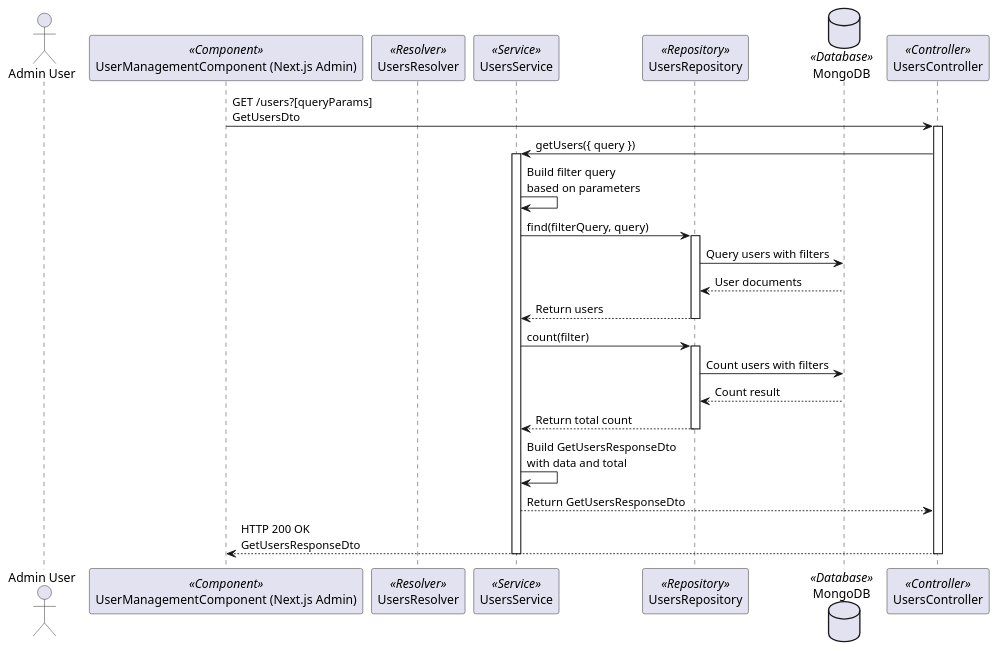
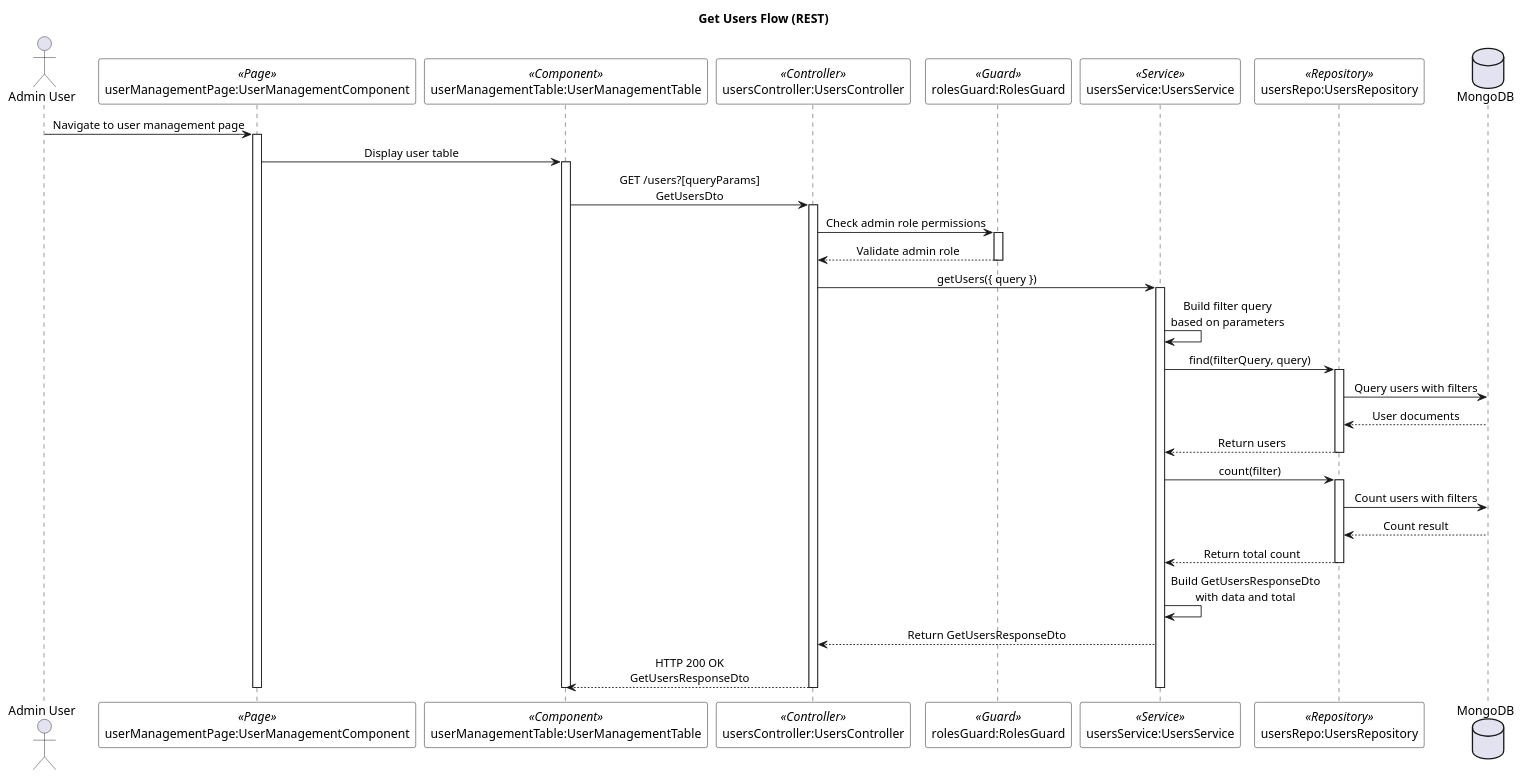
One commit to lehuygiang28/vphim changed the diagram in documents/diagram/sequences/users/user-get-users-flow.puml. Above: the diagram before and after it, drawn with PlantUML. The commit also changed 7 other files, not shown here.

First line of the commit message:
refactor(diagrams/sequences/users): 🛠️ update user flow diagrams for clarity and consistency

```diff
--- a/documents/diagram/sequences/users/user-get-users-flow.puml
+++ b/documents/diagram/sequences/users/user-get-users-flow.puml
@@ -1,41 +1,66 @@
 @startuml Get Users Flow
 
+skinparam SequenceMessageAlignment center
+skinparam SequenceBoxBackgroundColor white
+skinparam SequenceBoxBorderColor black
+skinparam NoteBackgroundColor lightyellow
+skinparam NoteBorderColor black
+skinparam ParticipantBackgroundColor white
+skinparam ParticipantBorderColor black
+
+title Get Users Flow (REST)
+
 actor "Admin User" as adminUser
-participant "UserManagementComponent (Next.js Admin)" as userManagementComponent <<Component>>
-participant "UsersResolver" as usersResolver <<Resolver>>
-participant "UsersService" as usersService <<Service>>
-participant "UsersRepository" as usersRepository <<Repository>>
-database "MongoDB" as mongoDB <<Database>>
-participant "UsersController" as usersController <<Controller>>
+participant "userManagementPage:UserManagementComponent" as userManagementPage <<Page>>
+participant "userManagementTable:UserManagementTable" as userManagementTable <<Component>>
+participant "usersController:UsersController" as usersController <<Controller>>
+participant "rolesGuard:RolesGuard" as rolesGuard <<Guard>>
+participant "usersService:UsersService" as usersService <<Service>>
+participant "usersRepo:UsersRepository" as usersRepo <<Repository>>
+database "MongoDB" as mongoDB
 
-userManagementComponent -> usersController: GET /users?[queryParams]\nGetUsersDto
+adminUser -> userManagementPage : Navigate to user management page
+activate userManagementPage
+
+userManagementPage -> userManagementTable : Display user table
+activate userManagementTable
+
+userManagementTable -> usersController : GET /users?[queryParams]\nGetUsersDto
 activate usersController
 
-usersController -> usersService: getUsers({ query })
+usersController -> rolesGuard : Check admin role permissions
+activate rolesGuard
+rolesGuard --> usersController : Validate admin role
+deactivate rolesGuard
+
+usersController -> usersService : getUsers({ query })
 activate usersService
 
-usersService -> usersService: Build filter query\nbased on parameters
+usersService -> usersService : Build filter query\nbased on parameters
 
-usersService -> usersRepository: find(filterQuery, query)
-activate usersRepository
-usersRepository -> mongoDB: Query users with filters
-mongoDB --> usersRepository: User documents
-usersRepository --> usersService: Return users
-deactivate usersRepository
+usersService -> usersRepo : find(filterQuery, query)
+activate usersRepo
+usersRepo -> mongoDB : Query users with filters
+mongoDB --> usersRepo : User documents
+usersRepo --> usersService : Return users
+deactivate usersRepo
 
-usersService -> usersRepository: count(filter)
-activate usersRepository
-usersRepository -> mongoDB: Count users with filters
-mongoDB --> usersRepository: Count result
-usersRepository --> usersService: Return total count
-deactivate usersRepository
+usersService -> usersRepo : count(filter)
+activate usersRepo
+usersRepo -> mongoDB : Count users with filters
+mongoDB --> usersRepo : Count result
+usersRepo --> usersService : Return total count
+deactivate usersRepo
 
-usersService -> usersService: Build GetUsersResponseDto\nwith data and total
+usersService -> usersService : Build GetUsersResponseDto\nwith data and total
 
-usersService --> usersController: Return GetUsersResponseDto
-usersController --> userManagementComponent: HTTP 200 OK\nGetUsersResponseDto
+usersService --> usersController : Return GetUsersResponseDto
+usersController --> userManagementTable : HTTP 200 OK\nGetUsersResponseDto
 
 deactivate usersService
 deactivate usersController
 
+deactivate userManagementTable
+deactivate userManagementPage
+
 @enduml
```
